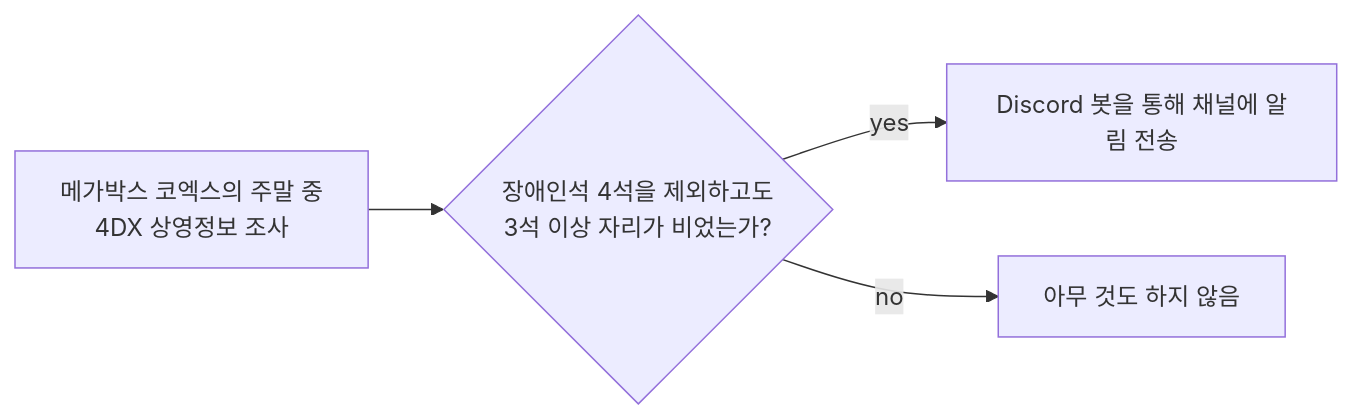
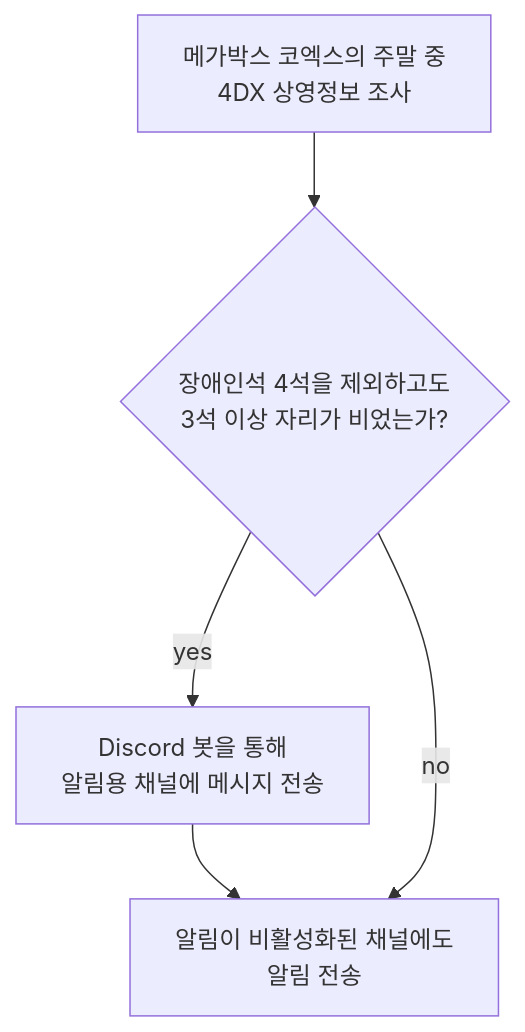
One commit to hepheir/megabox-seats-availability-bot changed the diagram in README.md. Above: the diagram before and after it, drawn with Mermaid. The commit also changed 1 other file, not shown here.

Commit message:
feat: 자리를 못 찾아도 디버그 채널에 알림 전송하도록 기능 추가

````diff
--- a/README.md
+++ b/README.md
@@ -31,8 +31,8 @@
 ```mermaid
-flowchart LR
+flowchart
 
 A["메가박스 코엑스의 주말 중<br>4DX 상영정보 조사"]
 --> B{"장애인석 4석을 제외하고도<br>3석 이상 자리가 비었는가?"}
-B --"yes"--> C["Discord 봇을 통해 채널에 알림 전송"]
-B --"no"--> D["아무 것도 하지 않음"]
+B --"yes"--> C["Discord 봇을 통해<br>알림용 채널에 메시지 전송"] --> D["알림이 비활성화된 채널에도<br>알림 전송"]
+B --"no"--> D
 ```
````
